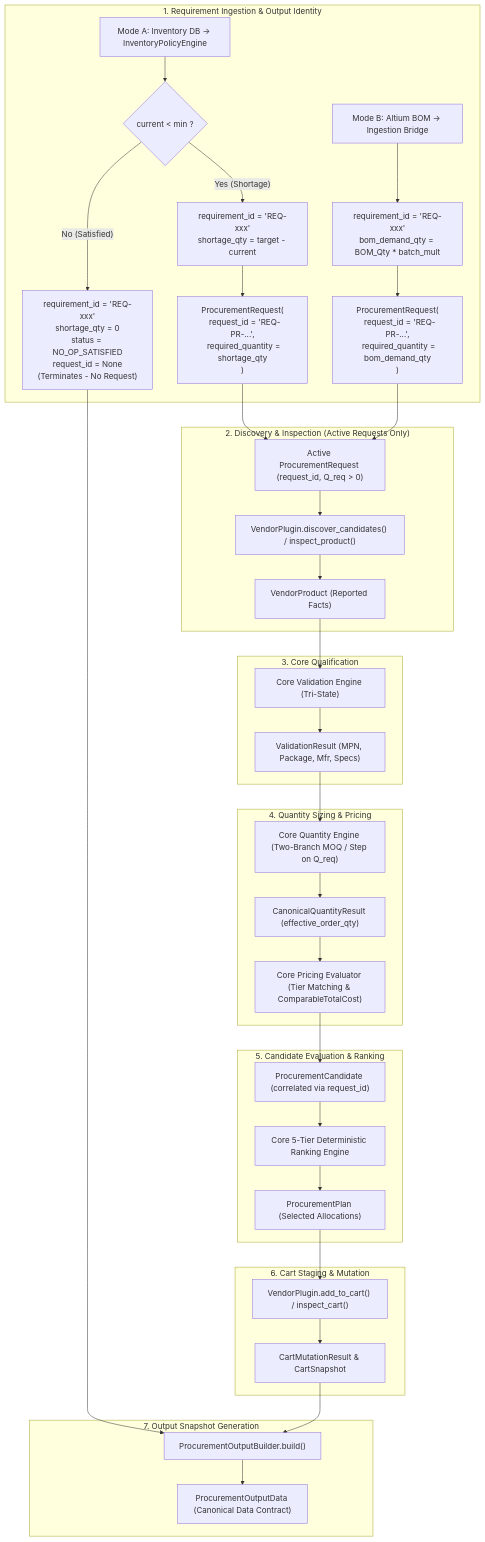
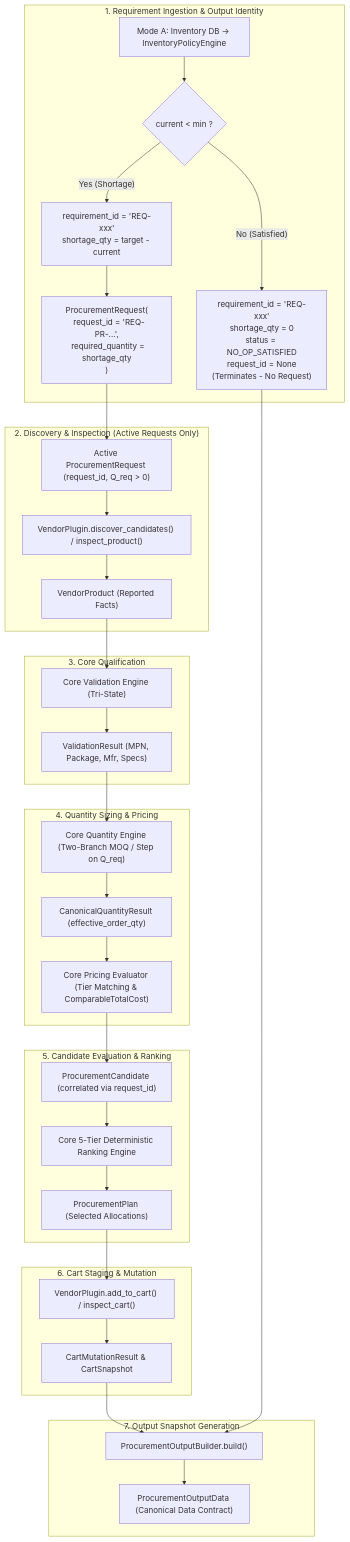
One commit to AminDenizer/Omnix changed the first of 2 diagrams in OMNIX_PROCUREMENT_OUTPUT_SPECIFICATION.md. Above: the diagram before and after it, drawn with Mermaid. The commit also changed other lines of this file and 144 other files, not shown here.

````diff
--- a/OMNIX_PROCUREMENT_OUTPUT_SPECIFICATION.md
+++ b/OMNIX_PROCUREMENT_OUTPUT_SPECIFICATION.md
@@ -88,47 +86,43 @@
 ```mermaid
 flowchart TD
     subgraph Stage1["1. Requirement Ingestion & Output Identity"]
         A1["Mode A: Inventory DB -> InventoryPolicyEngine"] --> DecA{"current < min ?"}
         DecA -- "No (Satisfied)" --> NoOp["requirement_id = 'REQ-xxx'\nshortage_qty = 0\nstatus = NO_OP_SATISFIED\nrequest_id = None\n(Terminates - No Request)"]
         DecA -- "Yes (Shortage)" --> S_qty["requirement_id = 'REQ-xxx'\nshortage_qty = target - current"]
         S_qty --> ReqA["ProcurementRequest(\n  request_id = 'REQ-PR-...',\n  required_quantity = shortage_qty\n)"]
-        
-        A2["Mode B: Altium BOM -> Ingestion Bridge"] --> B_qty["requirement_id = 'REQ-xxx'\nbom_demand_qty = BOM_Qty * batch_mult"]
-        B_qty --> ReqB["ProcurementRequest(\n  request_id = 'REQ-PR-...',\n  required_quantity = bom_demand_qty\n)"]
     end
 
     subgraph Stage2["2. Discovery & Inspection (Active Requests Only)"]
         ReqA --> B["Active ProcurementRequest (request_id, Q_req > 0)"]
-        ReqB --> B
         B --> C["VendorPlugin.discover_candidates() / inspect_product()"]
         C --> D["VendorProduct (Reported Facts)"]
     end
 
     subgraph Stage3["3. Core Qualification"]
         D --> E["Core Validation Engine (Tri-State)"]
         E --> F["ValidationResult (MPN, Package, Mfr, Specs)"]
     end
 
     subgraph Stage4["4. Quantity Sizing & Pricing"]
         F --> G["Core Quantity Engine (Two-Branch MOQ / Step on Q_req)"]
         G --> H["CanonicalQuantityResult (effective_order_qty)"]
         H --> I["Core Pricing Evaluator (Tier Matching & ComparableTotalCost)"]
     end
 
     subgraph Stage5["5. Candidate Evaluation & Ranking"]
         I --> J["ProcurementCandidate (correlated via request_id)"]
         J --> K["Core 5-Tier Deterministic Ranking Engine"]
         K --> L["ProcurementPlan (Selected Allocations)"]
     end
 
     subgraph Stage6["6. Cart Staging & Mutation"]
         L --> M["VendorPlugin.add_to_cart() / inspect_cart()"]
         M --> N["CartMutationResult & CartSnapshot"]
     end
 
     subgraph Stage7["7. Output Snapshot Generation"]
         N --> O["ProcurementOutputBuilder.build()"]
         NoOp --> O
         O --> P["ProcurementOutputData (Canonical Data Contract)"]
     end
 ```
````
